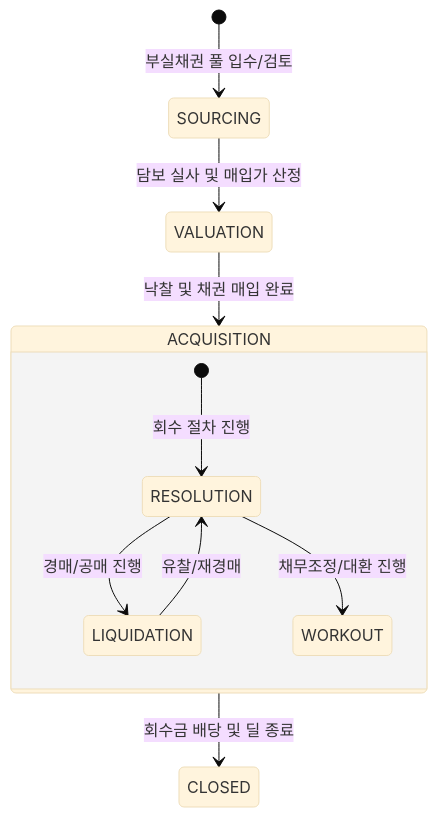
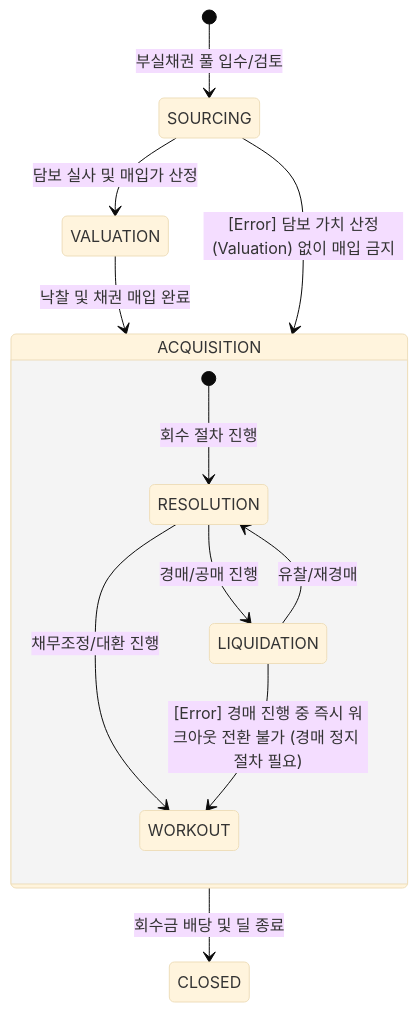
Before and after one commit to kbgkim/ib_wiki: the diagram in src/03_Assets_Verticals/NPL/NPL_Deal_Lifecycle.md, drawn with Mermaid (base theme). The commit also changed other lines of this file and 10 other files, not shown here.

````diff
--- a/src/03_Assets_Verticals/NPL/NPL_Deal_Lifecycle.md
+++ b/src/03_Assets_Verticals/NPL/NPL_Deal_Lifecycle.md
@@ -12,15 +12,19 @@
 ```mermaid
 stateDiagram-v2
     [*] --> SOURCING: 부실채권 풀 입수/검토
     SOURCING --> VALUATION: 담보 실사 및 매입가 산정
     VALUATION --> ACQUISITION: 낙찰 및 채권 매입 완료
     
     state ACQUISITION {
         [*] --> RESOLUTION: 회수 절차 진행
         RESOLUTION --> LIQUIDATION: 경매/공매 진행
         RESOLUTION --> WORKOUT: 채무조정/대환 진행
         LIQUIDATION --> RESOLUTION: 유찰/재경매
     }
     
     ACQUISITION --> CLOSED: 회수금 배당 및 딜 종료
+    
+    %% Invalid Transitions (명시적 금지)
+    SOURCING --> ACQUISITION: [Error] 담보 가치 산정(Valuation) 없이 매입 금지
+    LIQUIDATION --> WORKOUT: [Error] 경매 진행 중 즉시 워크아웃 전환 불가 (경매 정지 절차 필요)
 ```
````
